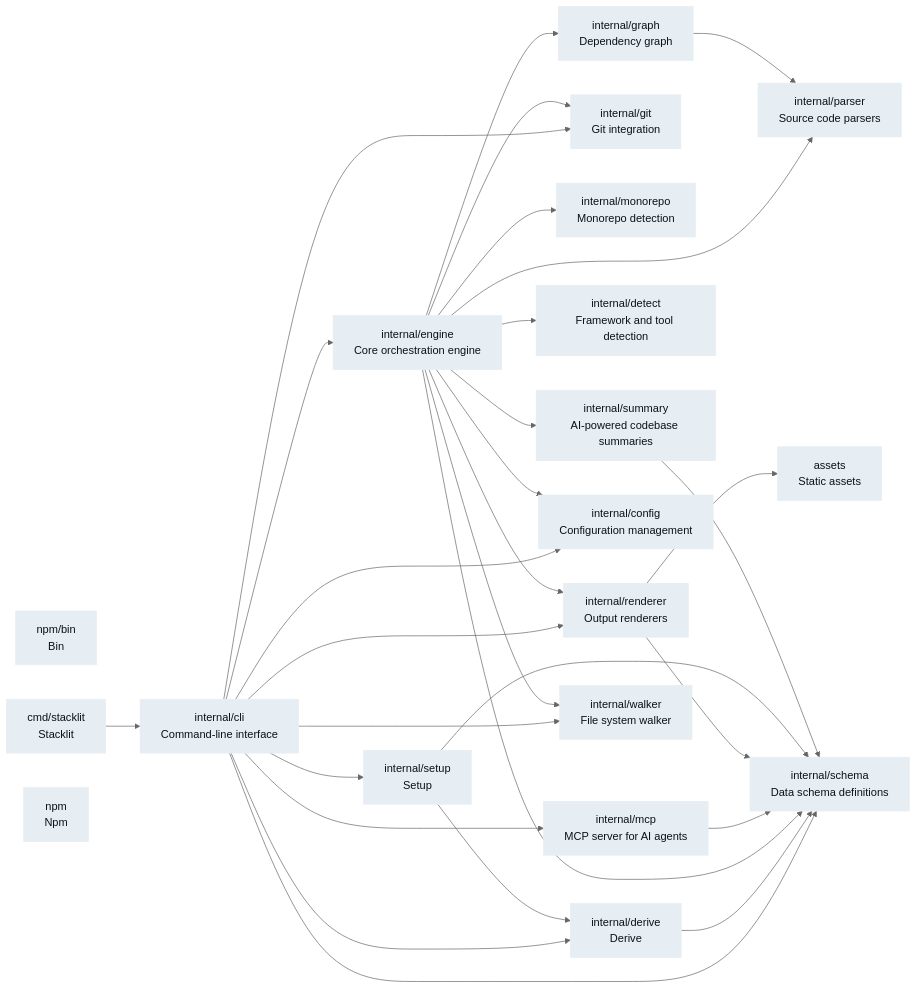
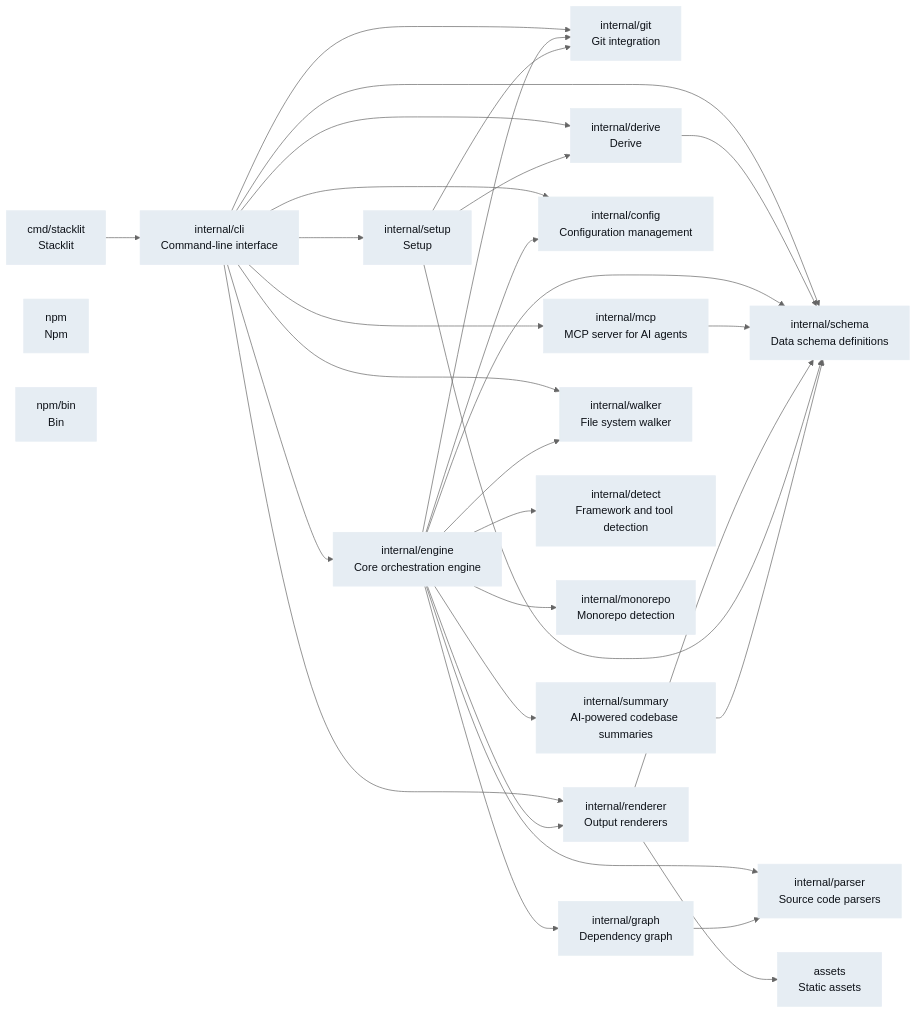
One commit to glincker/stacklit changed the diagram in stacklit.mmd. Above: the diagram before and after it, drawn with Mermaid (neutral theme). The commit also changed 8 other files, not shown here.

Commit message:
feat: ingest command for docs, ADRs, OpenAPI, SQL schemas and ownership

```diff
--- a/stacklit.mmd
+++ b/stacklit.mmd
@@ -1,54 +1,55 @@
 graph LR
+  classDef python fill:#b1bac4,color:#0d1117,stroke:#b1bac4
   classDef rust fill:#a5b3bf,color:#0d1117,stroke:#a5b3bf
   classDef go fill:#e6edf3,color:#0d1117,stroke:#e6edf3
   classDef javascript fill:#c9d1d9,color:#0d1117,stroke:#c9d1d9
   classDef java fill:#8b949e,color:#0d1117,stroke:#8b949e
   classDef typescript fill:#c9d1d9,color:#0d1117,stroke:#c9d1d9
-  classDef python fill:#b1bac4,color:#0d1117,stroke:#b1bac4
+  internal_git["internal/git\nGit integration"]:::go
+  internal_mcp["internal/mcp\nMCP server for AI agents"]:::go
+  internal_parser["internal/parser\nSource code parsers"]:::go
   internal_renderer["internal/renderer\nOutput renderers"]:::go
-  internal_git["internal/git\nGit integration"]:::go
+  internal_schema["internal/schema\nData schema definitions"]:::go
+  assets["assets\nStatic assets"]:::go
+  internal_cli["internal/cli\nCommand-line interface"]:::go
+  internal_config["internal/config\nConfiguration management"]:::go
+  internal_derive["internal/derive\nDerive"]:::go
+  internal_graph["internal/graph\nDependency graph"]:::go
+  cmd_stacklit["cmd/stacklit\nStacklit"]:::go
+  internal_engine["internal/engine\nCore orchestration engine"]:::go
+  internal_setup["internal/setup\nSetup"]:::go
+  internal_walker["internal/walker\nFile system walker"]:::go
+  npm["npm\nNpm"]:::go
+  internal_detect["internal/detect\nFramework and tool detection"]:::go
   internal_monorepo["internal/monorepo\nMonorepo detection"]:::go
   internal_summary["internal/summary\nAI-powered codebase summaries"]:::go
   npm_bin["npm/bin\nBin"]:::go
-  assets["assets\nStatic assets"]:::go
-  internal_detect["internal/detect\nFramework and tool detection"]:::go
-  internal_graph["internal/graph\nDependency graph"]:::go
-  internal_parser["internal/parser\nSource code parsers"]:::go
-  internal_schema["internal/schema\nData schema definitions"]:::go
-  cmd_stacklit["cmd/stacklit\nStacklit"]:::go
-  internal_cli["internal/cli\nCommand-line interface"]:::go
-  internal_config["internal/config\nConfiguration management"]:::go
-  internal_derive["internal/derive\nDerive"]:::go
-  internal_engine["internal/engine\nCore orchestration engine"]:::go
-  internal_mcp["internal/mcp\nMCP server for AI agents"]:::go
-  internal_setup["internal/setup\nSetup"]:::go
-  internal_walker["internal/walker\nFile system walker"]:::go
-  npm["npm\nNpm"]:::go
   cmd_stacklit --> internal_cli
   internal_cli --> internal_config
   internal_cli --> internal_derive
   internal_cli --> internal_engine
   internal_cli --> internal_git
   internal_cli --> internal_mcp
   internal_cli --> internal_renderer
   internal_cli --> internal_schema
   internal_cli --> internal_setup
   internal_cli --> internal_walker
   internal_derive --> internal_schema
   internal_engine --> internal_config
   internal_engine --> internal_detect
   internal_engine --> internal_git
   internal_engine --> internal_graph
   internal_engine --> internal_monorepo
   internal_engine --> internal_parser
   internal_engine --> internal_renderer
   internal_engine --> internal_schema
   internal_engine --> internal_summary
   internal_engine --> internal_walker
   internal_graph --> internal_parser
   internal_mcp --> internal_schema
   internal_renderer --> assets
   internal_renderer --> internal_schema
   internal_setup --> internal_derive
+  internal_setup --> internal_git
   internal_setup --> internal_schema
   internal_summary --> internal_schema
```
